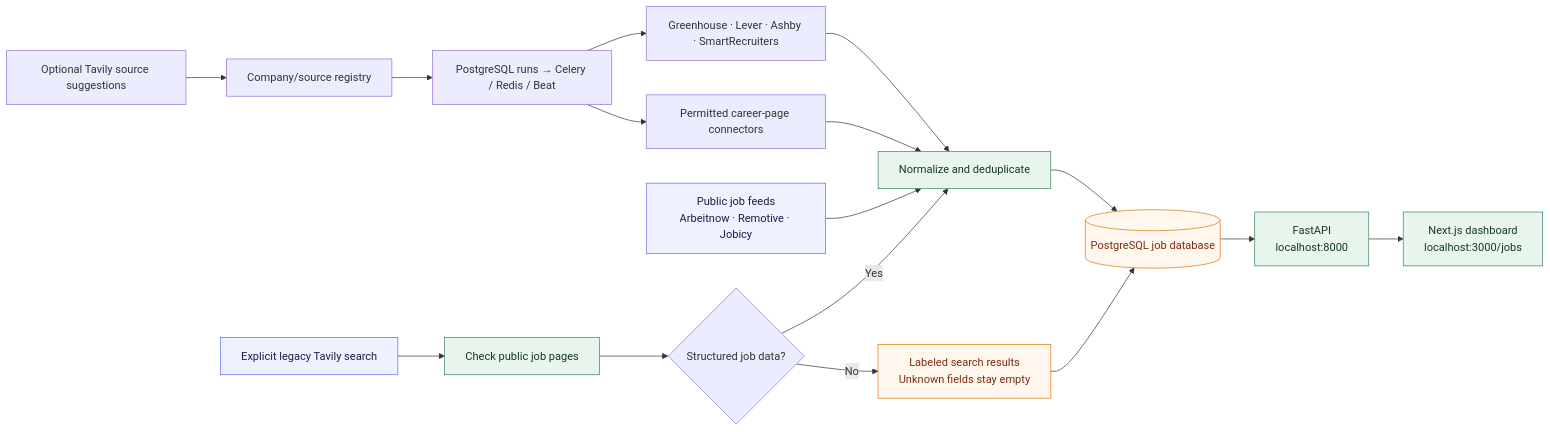
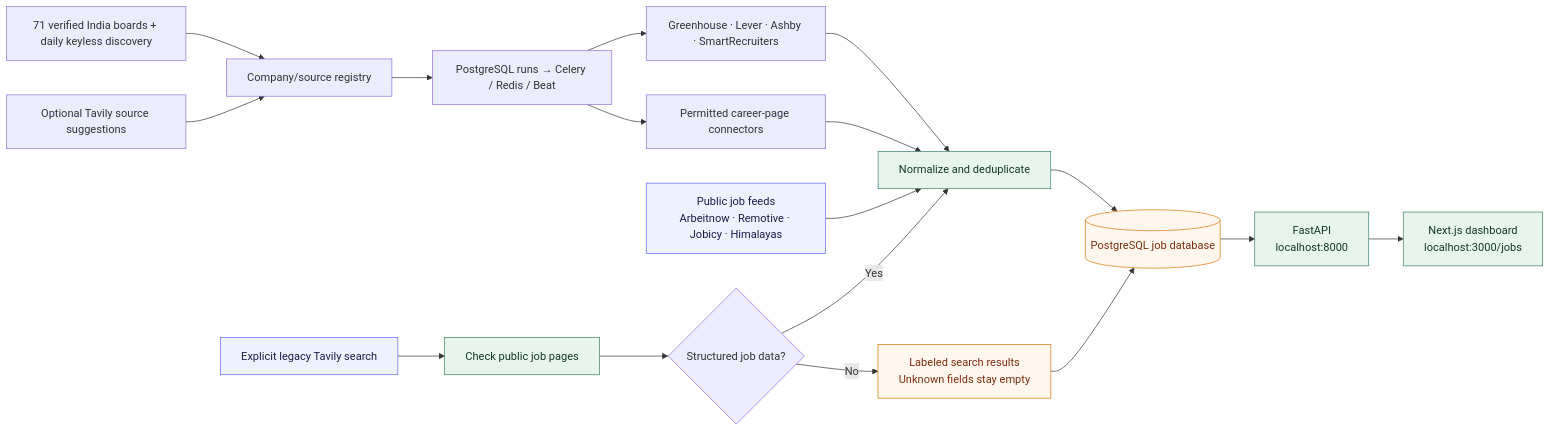
The first of 2 diagrams in README.md (wurtz-codez/applyr), drawn with Mermaid before and after one commit. The commit also changed other lines of this file and 47 other files, not shown here.

First line of the commit message:
feat: bootstrap verified India ingestion and eligibility backfill

````diff
--- a/README.md
+++ b/README.md
@@ -42,25 +44,26 @@
 ```mermaid
 flowchart LR
+    SEED["71 verified India boards + daily keyless discovery"] --> REGISTRY
     REGISTRY["Company/source registry"] --> QUEUE["PostgreSQL runs → Celery / Redis / Beat"]
     QUEUE --> ATS["Greenhouse · Lever · Ashby · SmartRecruiters"]
     QUEUE --> CRAWL["Permitted career-page connectors"]
     ATS --> NORMALIZE
     CRAWL --> NORMALIZE
-    FEEDS["Public job feeds<br/>Arbeitnow · Remotive · Jobicy"] --> NORMALIZE["Normalize and deduplicate"]
+    FEEDS["Public job feeds<br/>Arbeitnow · Remotive · Jobicy · Himalayas"] --> NORMALIZE["Normalize and deduplicate"]
     DISCOVERY["Optional Tavily source suggestions"] --> REGISTRY
     SEARCH["Explicit legacy Tavily search"] --> PAGES["Check public job pages"]
     PAGES --> STRUCTURED{"Structured job data?"}
     STRUCTURED -- Yes --> NORMALIZE
     STRUCTURED -- No --> LEADS["Labeled search results<br/>Unknown fields stay empty"]
     NORMALIZE --> DB[("PostgreSQL job database")]
     LEADS --> DB
     DB --> API["FastAPI<br/>localhost:8000"]
     API --> WEB["Next.js dashboard<br/>localhost:3000/jobs"]
 
     classDef source fill:#eef2ff,stroke:#6366f1,color:#1e1b4b
     classDef app fill:#e8f5ed,stroke:#3b8061,color:#143923
     classDef data fill:#fff7ed,stroke:#d97706,color:#7c2d12
     class FEEDS,SEARCH source
     class NORMALIZE,PAGES,API,WEB app
     class DB,LEADS data
 ```
````
